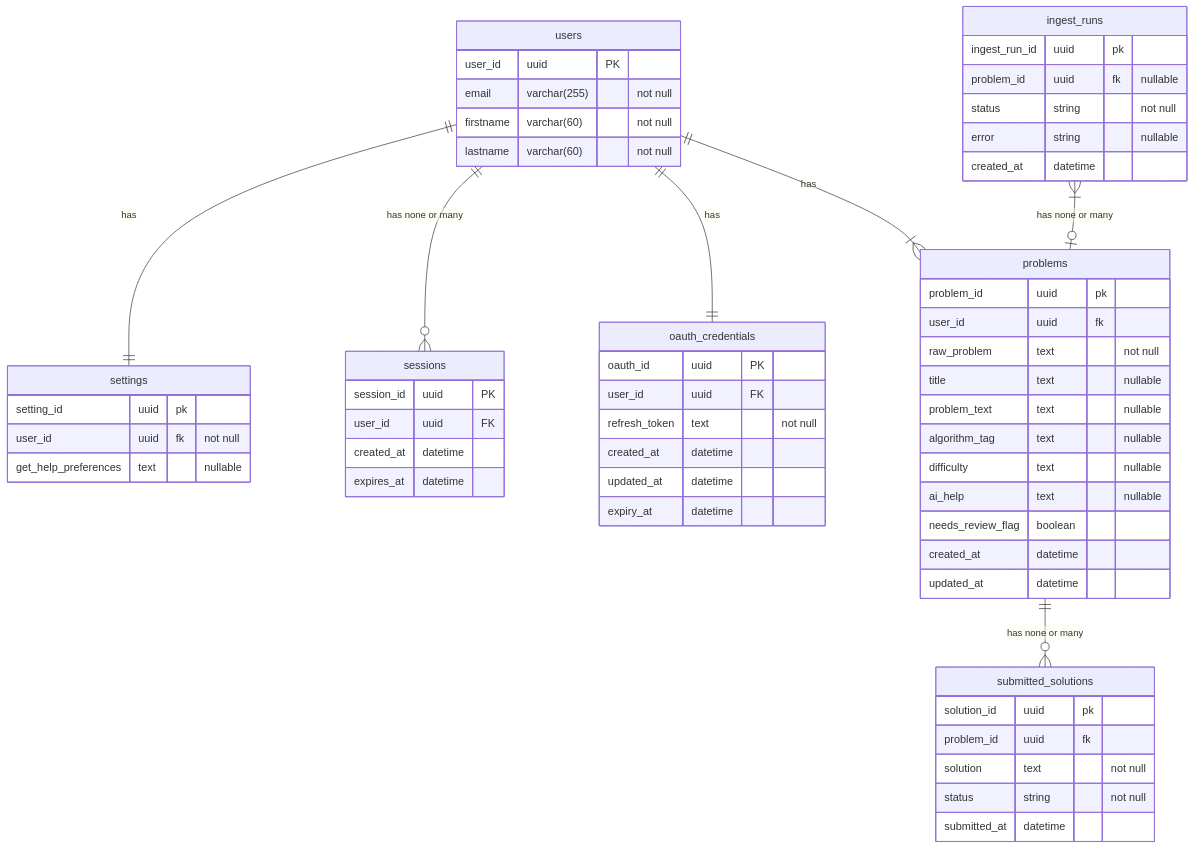
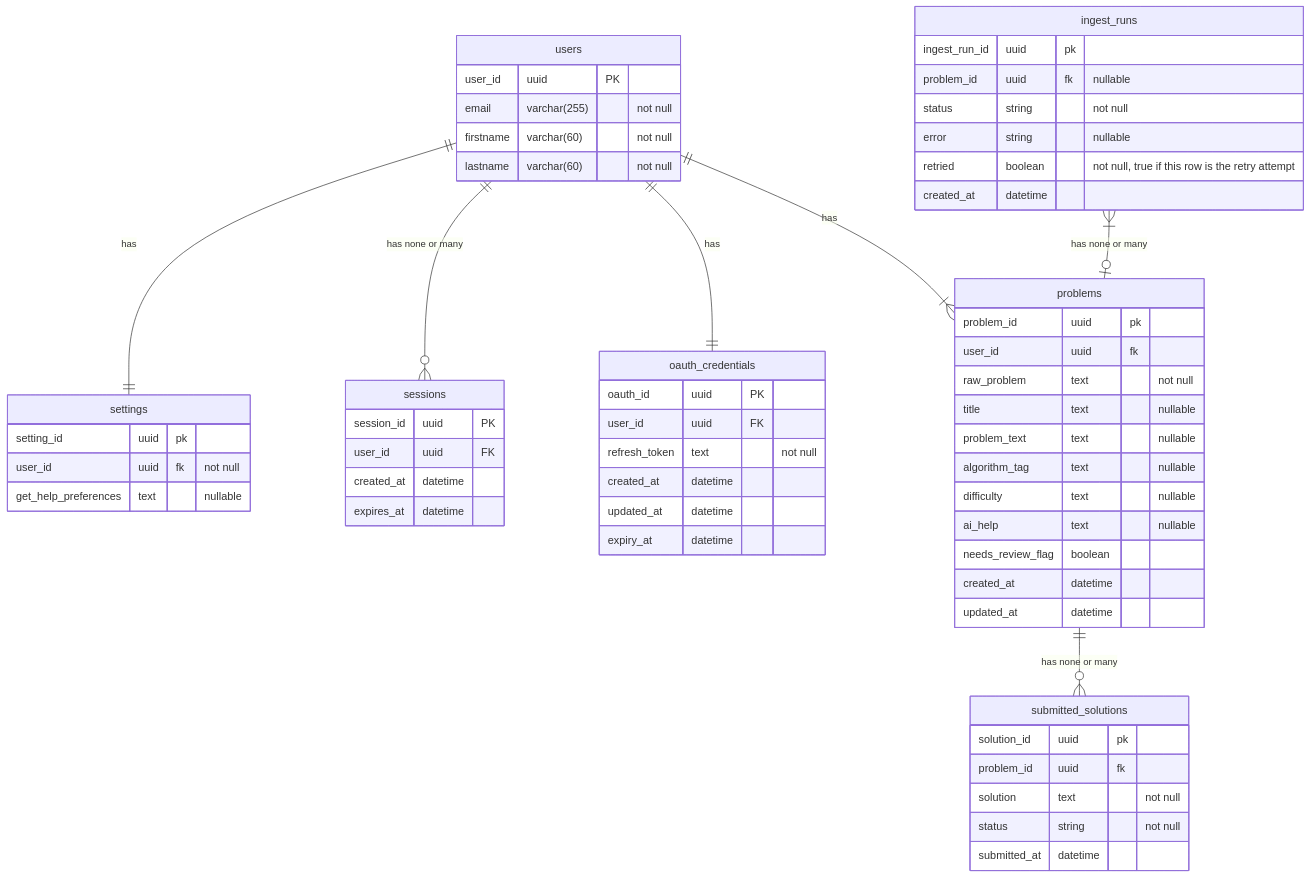
One commit to sabi1125/daily-coding-companion changed the diagram in api-docs/er_diagram.md. Above: the diagram before and after it, drawn with Mermaid. The commit also changed 2 other files, not shown here.

Commit message:
docs: created Get Today's problem API

````diff
--- a/api-docs/er_diagram.md
+++ b/api-docs/er_diagram.md
@@ -3,68 +3,69 @@
 ```mermaid
 erDiagram
 users {
     user_id uuid PK
     email varchar(255) "not null"
     firstname varchar(60) "not null"
     lastname varchar(60) "not null"
 }
 
 settings {
     setting_id uuid pk
     user_id uuid fk "not null"
     get_help_preferences text "nullable"
 }
 
 sessions {
     session_id uuid PK
     user_id uuid FK
     created_at datetime
     expires_at datetime
 }
 
 oauth_credentials {
     oauth_id uuid PK
     user_id uuid FK
     refresh_token text "not null"
     created_at datetime
     updated_at datetime
     expiry_at datetime
 }
 
 problems {
     problem_id uuid pk
     user_id uuid fk
     raw_problem text "not null"
     title text "nullable"
     problem_text text "nullable"
     algorithm_tag text "nullable"
     difficulty text "nullable"
     ai_help text "nullable"
     needs_review_flag boolean
     created_at datetime
     updated_at datetime
 }
 
 submitted_solutions {
     solution_id uuid pk
     problem_id uuid fk
     solution text "not null"
     status string "not null"
     submitted_at datetime
 }
 
 ingest_runs {
     ingest_run_id uuid pk
     problem_id uuid fk "nullable"
     status string "not null"
     error string "nullable"
+    retried boolean "not null, true if this row is the retry attempt"
     created_at datetime
 }
 
 users ||--o{ sessions : "has none or many"
 users ||--|| oauth_credentials : "has"
 users ||--|{ problems: "has"
 users ||--|| settings: "has"
 ingest_runs }|--o| problems : "has none or many"
 problems ||--o{ submitted_solutions: "has none or many"
 ```
````
